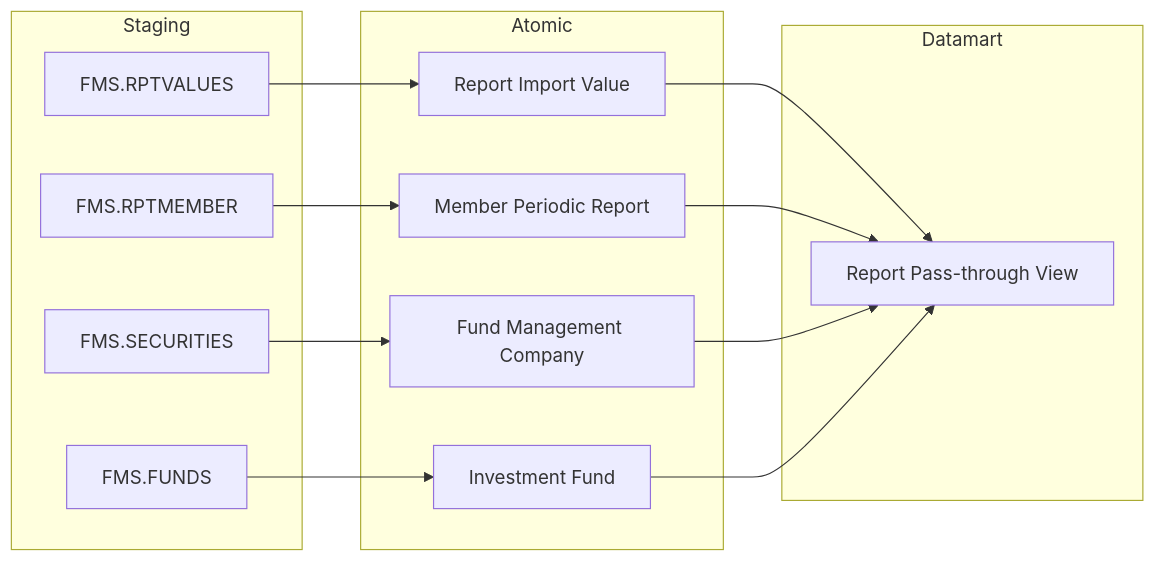
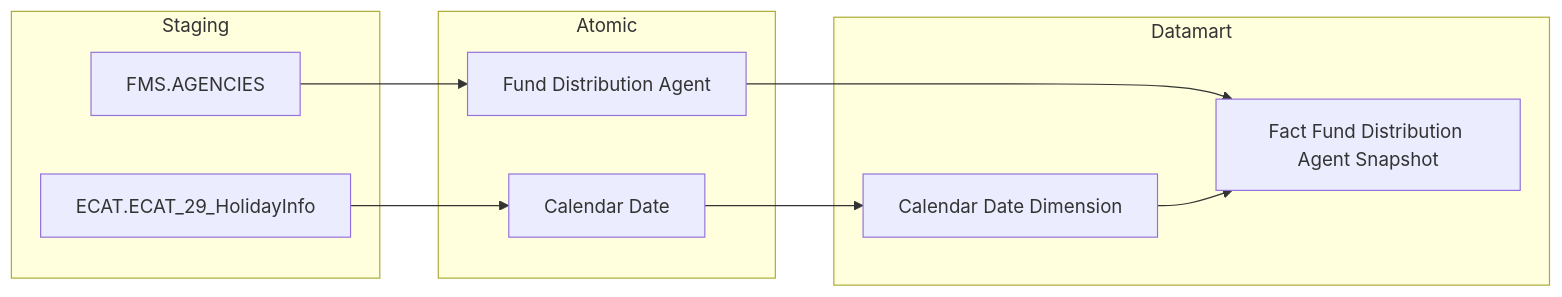
One commit to linhlvit/ubck_atomic_design changed the eighth of 37 diagrams in Datamart/hld/DTM_FMS_HLD.md. Above: the diagram before and after it, drawn with Mermaid. The commit also changed other lines of this file and 5 other files, not shown here.

````diff
--- a/Datamart/hld/DTM_FMS_HLD.md
+++ b/Datamart/hld/DTM_FMS_HLD.md
@@ -317,30 +220,24 @@
 ```mermaid
 flowchart LR
     subgraph SRC["Staging"]
-        FMS_RPTVALUES["FMS.RPTVALUES"]
-        FMS_RPTMEMBER["FMS.RPTMEMBER"]
-        FMS_SECURITIES["FMS.SECURITIES"]
-        FMS_FUNDS["FMS.FUNDS"]
+        FMS_AGENCIES["FMS.AGENCIES"]
+        ECAT_ECAT_29_HolidayInfo["ECAT.ECAT_29_HolidayInfo"]
     end
 
     subgraph SIL["Atomic"]
-        Report_Import_Value["Report Import Value"]
-        Member_Periodic_Report["Member Periodic Report"]
-        Fund_Management_Company["Fund Management Company"]
-        Investment_Fund["Investment Fund"]
+        Fund_Distribution_Agent["Fund Distribution Agent"]
+        Calendar_Date["Calendar Date"]
     end
 
     subgraph GOLD["Datamart"]
-        rpt_pass_thru_view["Report Pass-through View"]
+        fct_fnd_dist_agt_snpst["Fact Fund Distribution Agent Snapshot"]
+        cdr_dt_dim["Calendar Date Dimension"]
     end
 
-    FMS_RPTVALUES --> Report_Import_Value
-    FMS_RPTMEMBER --> Member_Periodic_Report
-    FMS_SECURITIES --> Fund_Management_Company
-    FMS_FUNDS --> Investment_Fund
+    FMS_AGENCIES --> Fund_Distribution_Agent
+    ECAT_ECAT_29_HolidayInfo --> Calendar_Date
 
-    Report_Import_Value --> rpt_pass_thru_view
-    Member_Periodic_Report --> rpt_pass_thru_view
-    Fund_Management_Company --> rpt_pass_thru_view
-    Investment_Fund --> rpt_pass_thru_view
+    Fund_Distribution_Agent --> fct_fnd_dist_agt_snpst
+    Calendar_Date --> cdr_dt_dim
+    cdr_dt_dim --> fct_fnd_dist_agt_snpst
 ```
````
